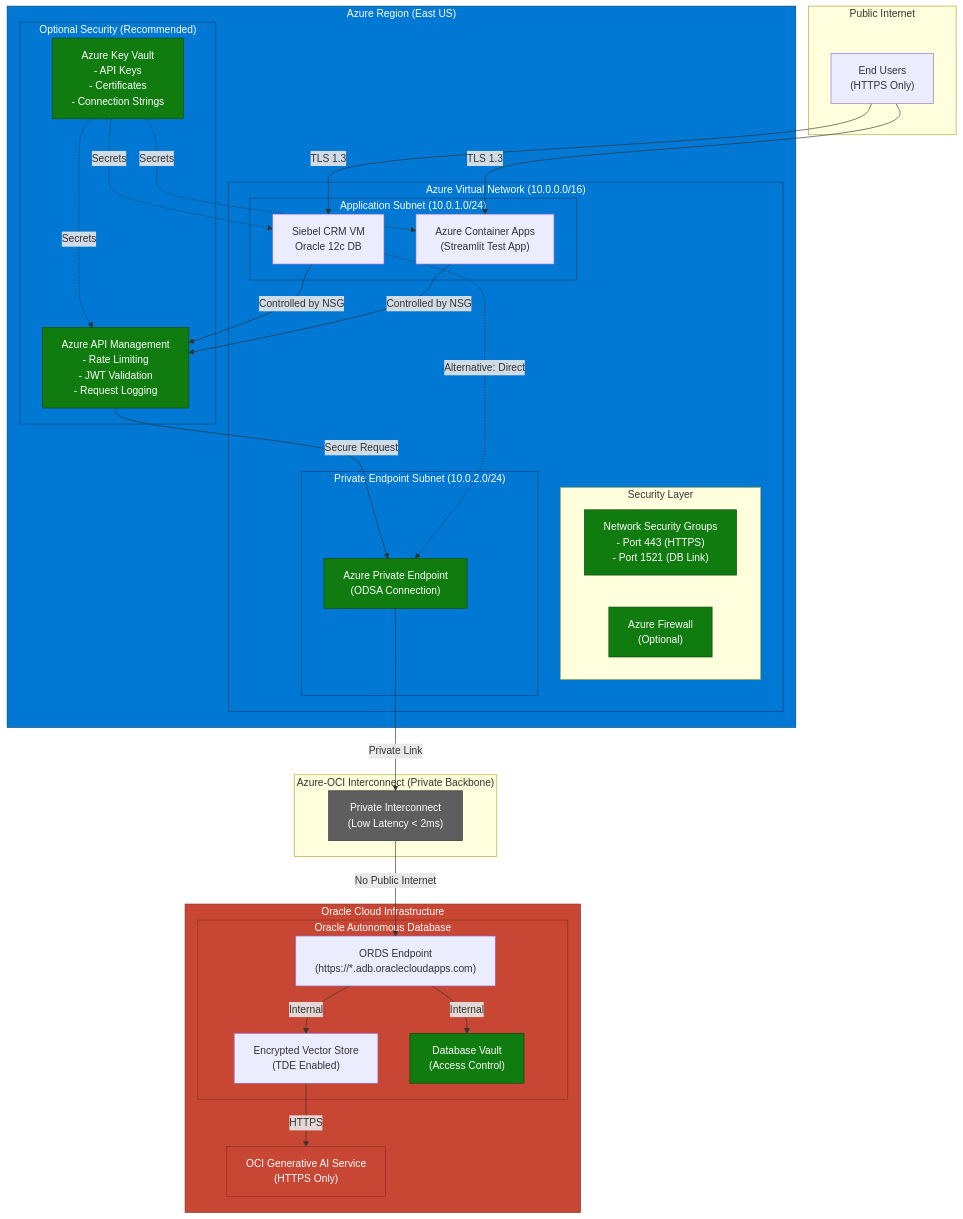
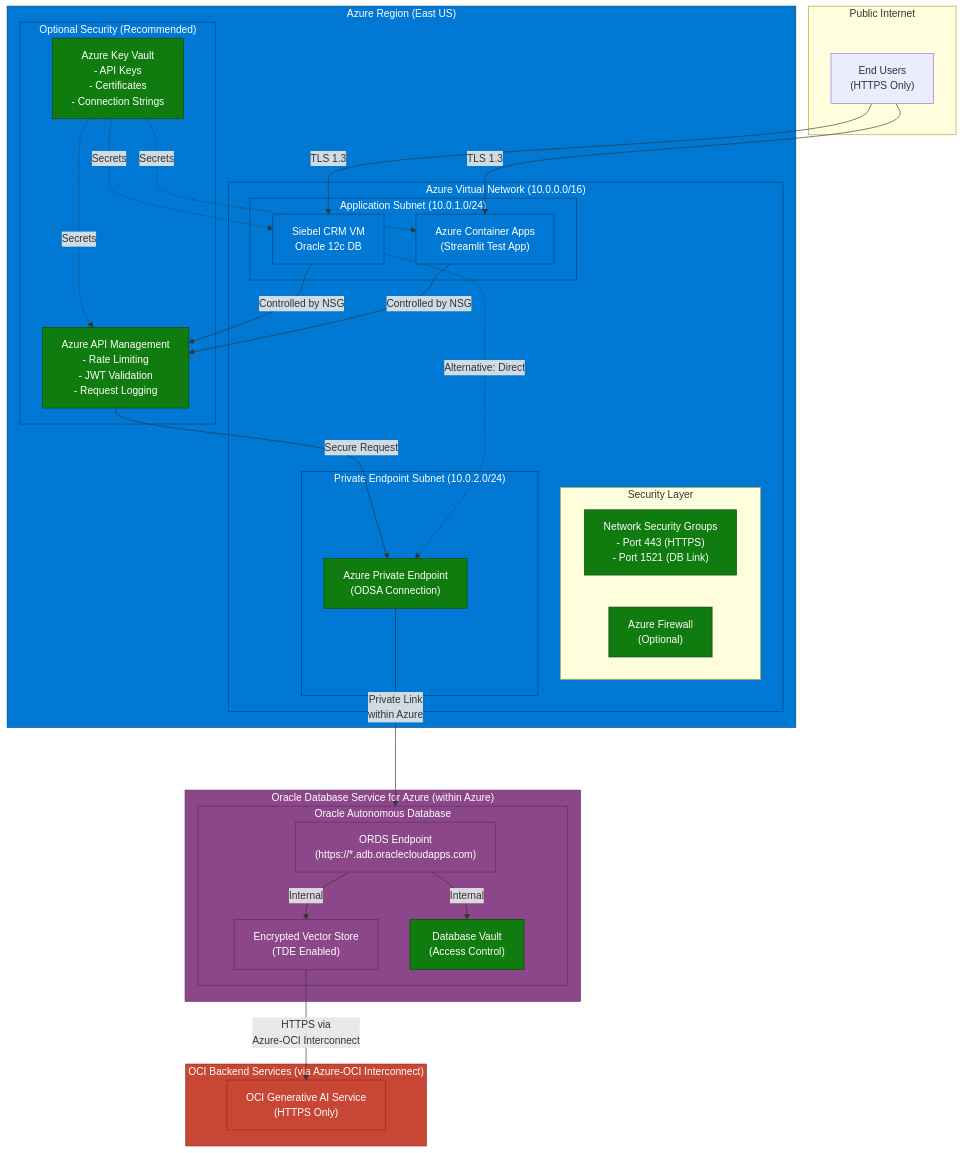
The fourth of 7 diagrams in docs/Project Architecture.md (psreek-ai/SiebelCRMSemanticSearch), drawn with Mermaid before and after one commit. The commit also changed other lines of this file and 2 other files, not shown here.

Commit message:
updated ARCHITECTURE_DIAGRAMS

````diff
--- a/docs/Project Architecture.md
+++ b/docs/Project Architecture.md
@@ -211,73 +215,70 @@
 ```mermaid
 graph TB
     subgraph Internet["Public Internet"]
         Users["End Users<br/>(HTTPS Only)"]
     end
     
     subgraph AzureRegion["Azure Region (East US)"]
         subgraph AzureVNet["Azure Virtual Network (10.0.0.0/16)"]
             subgraph AppSubnet["Application Subnet (10.0.1.0/24)"]
                 SiebelVM["Siebel CRM VM<br/>Oracle 12c DB"]
                 ContainerApps["Azure Container Apps<br/>(Streamlit Test App)"]
             end
             
             subgraph SecurityLayer["Security Layer"]
                 NSG["Network Security Groups<br/>- Port 443 (HTTPS)<br/>- Port 1521 (DB Link)"]
                 Firewall["Azure Firewall<br/>(Optional)"]
             end
             
             subgraph PrivateEndpointSubnet["Private Endpoint Subnet (10.0.2.0/24)"]
                 PrivateEndpoint["Azure Private Endpoint<br/>(ODSA Connection)"]
             end
         end
         
         subgraph Optional["Optional Security (Recommended)"]
             APIM["Azure API Management<br/>- Rate Limiting<br/>- JWT Validation<br/>- Request Logging"]
             KeyVault["Azure Key Vault<br/>- API Keys<br/>- Certificates<br/>- Connection Strings"]
         end
     end
     
-    subgraph OracleBackbone["Azure-OCI Interconnect (Private Backbone)"]
-        FastConnect["Private Interconnect<br/>(Low Latency < 2ms)"]
-    end
-    
-    subgraph OCIRegion["Oracle Cloud Infrastructure"]
+    subgraph ODSAService["Oracle Database Service for Azure (within Azure)"]
         subgraph ADB["Oracle Autonomous Database"]
             ORDS["ORDS Endpoint<br/>(https://*.adb.oraclecloudapps.com)"]
             VectorDB["Encrypted Vector Store<br/>(TDE Enabled)"]
             DatabaseVault["Database Vault<br/>(Access Control)"]
         end
-        
+    end
+    
+    subgraph OCIBackend["OCI Backend Services (via Azure-OCI Interconnect)"]
         GenAI["OCI Generative AI Service<br/>(HTTPS Only)"]
     end
     
     Users -->|TLS 1.3| SiebelVM
     Users -->|TLS 1.3| ContainerApps
     
     SiebelVM -->|Controlled by NSG| APIM
     ContainerApps -->|Controlled by NSG| APIM
     
     APIM -->|Secure Request| PrivateEndpoint
     SiebelVM -.->|Alternative: Direct| PrivateEndpoint
     
-    PrivateEndpoint -->|Private Link| FastConnect
-    FastConnect -->|No Public Internet| ORDS
+    PrivateEndpoint -->|Private Link<br/>within Azure| ADB
     
     ORDS -->|Internal| VectorDB
     ORDS -->|Internal| DatabaseVault
-    VectorDB -->|HTTPS| GenAI
+    VectorDB -->|HTTPS via<br/>Azure-OCI Interconnect| GenAI
     
     KeyVault -.->|Secrets| SiebelVM
     KeyVault -.->|Secrets| ContainerApps
     KeyVault -.->|Secrets| APIM
     
     classDef azure fill:#0078D4,stroke:#004578,color:#fff
+    classDef odsa fill:#8B4789,stroke:#5C2D5A,color:#fff
     classDef oci fill:#C74634,stroke:#8B2F23,color:#fff
     classDef security fill:#107C10,stroke:#094509,color:#fff
-    classDef network fill:#5E5E5E,stroke:#2E2E2E,color:#fff
     
-    class AzureRegion,AzureVNet,AppSubnet,PrivateEndpointSubnet,Optional azure
-    class OCIRegion,ADB,GenAI oci
+    class AzureRegion,AzureVNet,AppSubnet,PrivateEndpointSubnet,Optional,SiebelVM,ContainerApps azure
+    class ODSAService,ADB,ORDS,VectorDB odsa
+    class OCIBackend,GenAI oci
     class NSG,Firewall,APIM,KeyVault,DatabaseVault,PrivateEndpoint security
-    class FastConnect network
 ```
````
